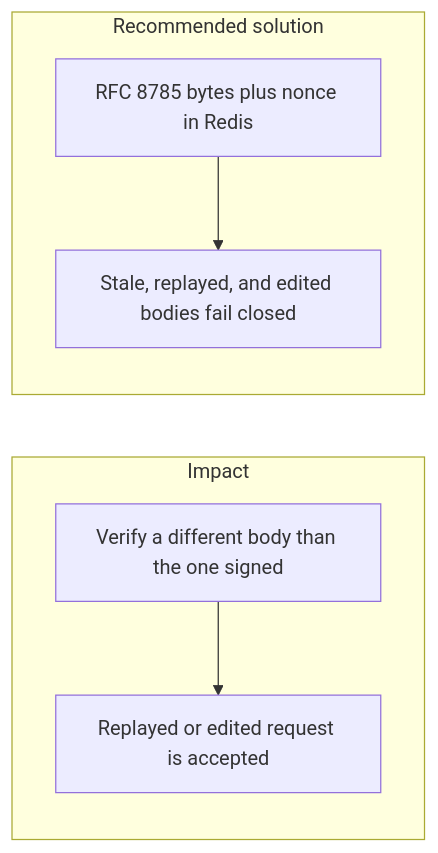
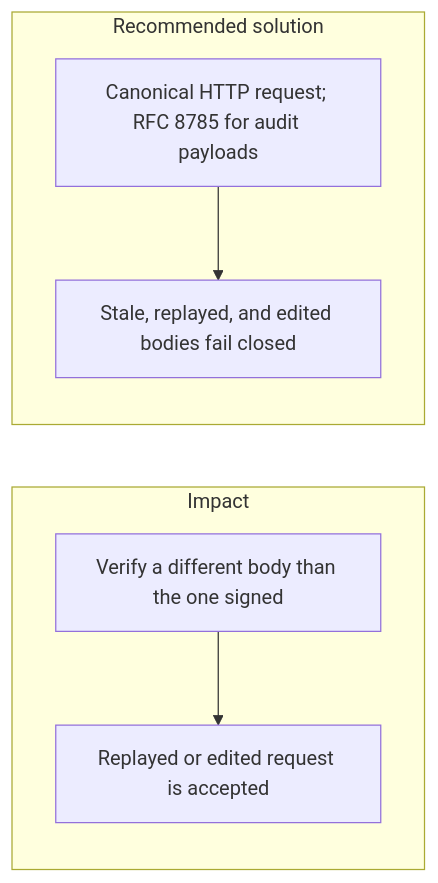
One commit to AymanNagyAhmed/backend-fintech-cryptographic-monolith changed the diagram in docs/Common_Challenges_In_Fintech_Cryptographic/005_signature_and_nonce_mismatches.md. Above: the diagram before and after it, drawn with Mermaid. The commit also changed other lines of this file and 11 other files, not shown here.

````diff
--- a/docs/Common_Challenges_In_Fintech_Cryptographic/005_signature_and_nonce_mismatches.md
+++ b/docs/Common_Challenges_In_Fintech_Cryptographic/005_signature_and_nonce_mismatches.md
@@ -3,9 +3,9 @@
 ```mermaid
 flowchart LR
   subgraph impactPath [Impact]
     looseVerify[Verify a different body than the one signed] --> replay[Replayed or edited request is accepted]
   end
   subgraph solutionPath [Recommended solution]
-    canonical[RFC 8785 bytes plus nonce in Redis] --> reject["Stale, replayed, and edited bodies fail closed"]
+    canonical["Canonical HTTP request; RFC 8785 for audit payloads"] --> reject["Stale, replayed, and edited bodies fail closed"]
   end
 ```
````
